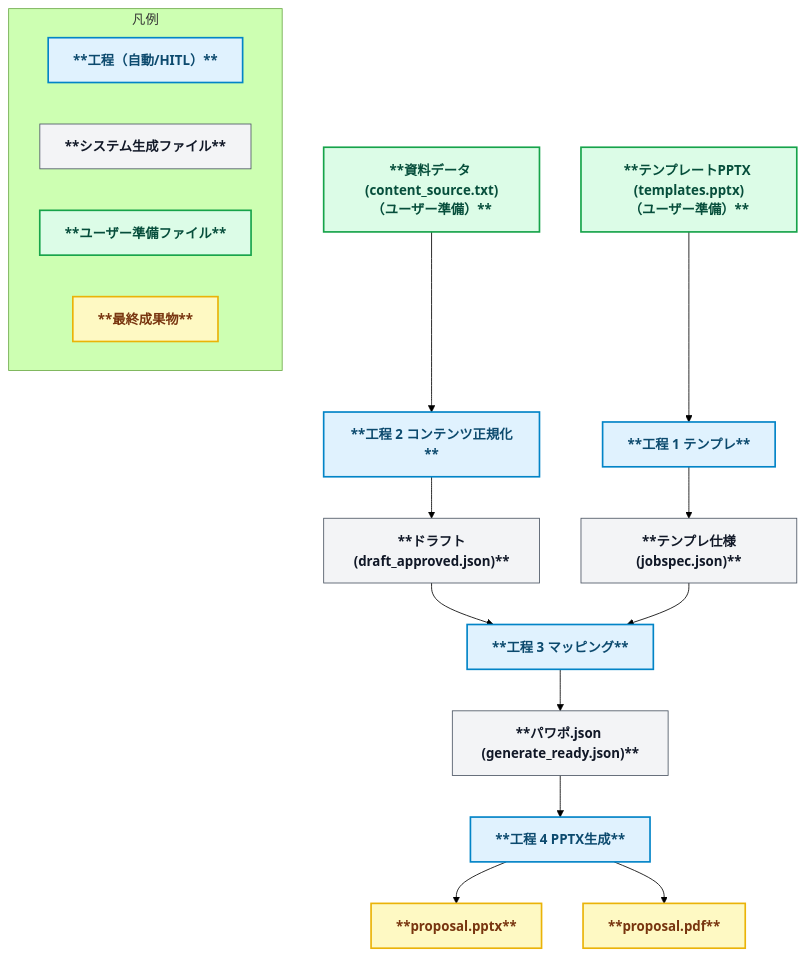
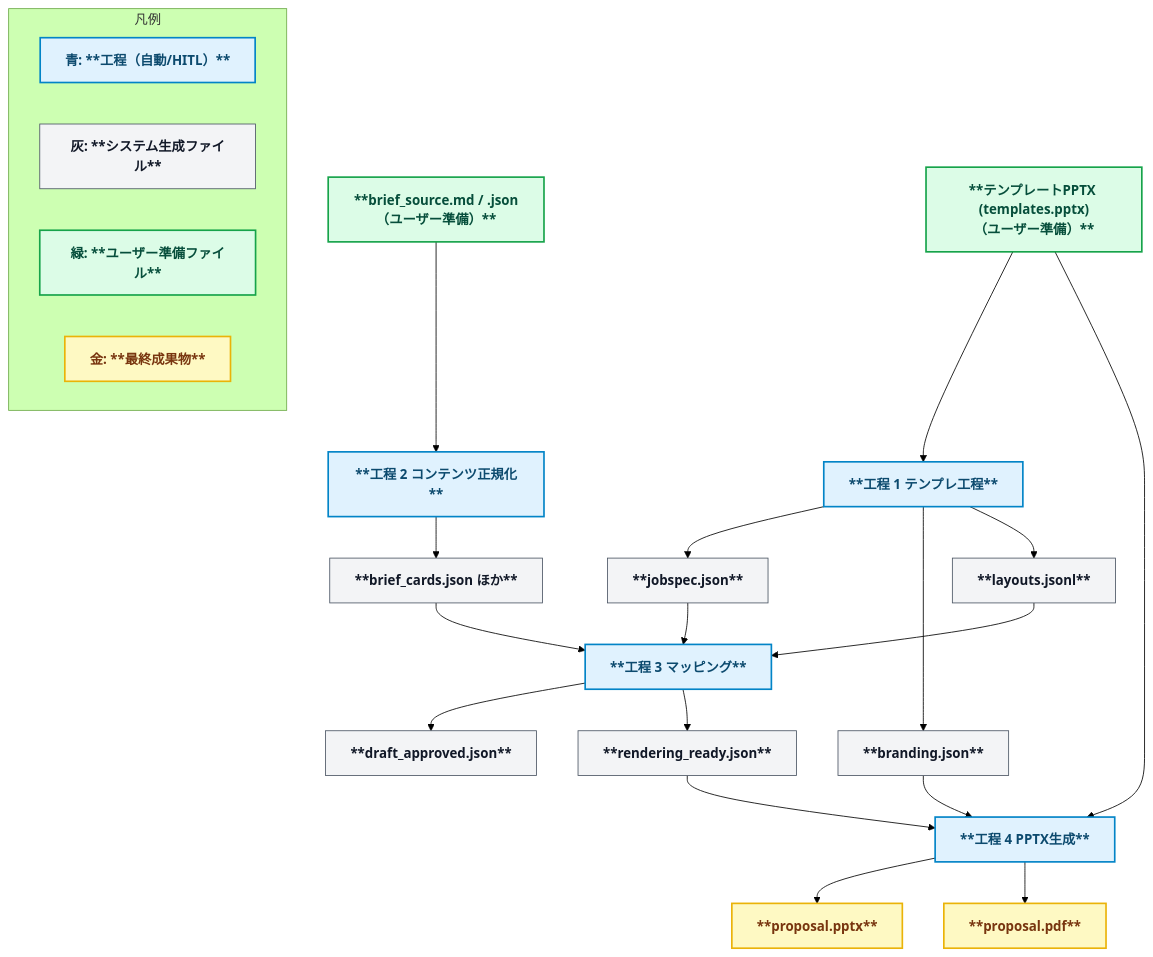
Before and after one commit to yurake/pptx_generator: the diagram in README.md, drawn with Mermaid (forest theme). The commit also changed other lines of this file and 19 other files, not shown here.

Commit message:
docs(pipeline): revert documentation to 4-stage flow

````diff
--- a/README.md
+++ b/README.md
@@ -26,36 +26,41 @@
 ```mermaid
 flowchart TD
   %% ======= Styles =======
   classDef stage fill:#e0f2fe,stroke:#0284c7,stroke-width:2px,color:#0c4a6e,font-weight:bold;
   classDef file fill:#f3f4f6,stroke:#4b5563,stroke-width:1px,color:#111827,font-weight:bold;
   classDef userfile fill:#dcfce7,stroke:#16a34a,stroke-width:2px,color:#064e3b,font-weight:bold;
   classDef final fill:#fef9c3,stroke:#eab308,stroke-width:2px,color:#78350f,font-weight:bold;
 
   %% ======= Stage 1 =======
-  Tmpl["**テンプレートPPTX (templates.pptx)<br>（ユーザー準備）**"]:::userfile --> S1["**工程 1 テンプレ**"]:::stage
-  S1 --> Jobspec["**テンプレ仕様(jobspec.json)**"]:::file
+  Tmpl["**テンプレートPPTX (templates.pptx)<br>（ユーザー準備）**"]:::userfile --> S1["**工程 1 テンプレ工程**"]:::stage
+  S1 --> Jobspec["**jobspec.json**"]:::file
+  S1 --> Branding["**branding.json**"]:::file
+  S1 --> Layouts["**layouts.jsonl**"]:::file
 
   %% ======= Stage 2 =======
-  ContentSrc["**資料データ (content_source.txt)<br>（ユーザー準備）**"]:::userfile --> S2["**工程 2 コンテンツ正規化**"]:::stage
-  S2 --> Draft["**ドラフト(draft_approved.json)**"]:::file
-  Draft --> S3
+  Brief["**brief_source.md / .json（ユーザー準備）**"]:::userfile --> S2["**工程 2 コンテンツ正規化**"]:::stage
+  S2 --> BriefCards["**brief_cards.json ほか**"]:::file
 
   %% ======= Stage 3 =======
-  S3["**工程 3 マッピング**"]:::stage
-  Jobspec --> S3
-  S3 --> Ready["**パワポ.json (generate_ready.json)**"]:::file
+  Jobspec --> S3["**工程 3 マッピング**"]:::stage
+  BriefCards --> S3
+  Layouts --> S3
+  S3 --> Draft["**draft_approved.json**"]:::file
+  S3 --> Ready["**rendering_ready.json**"]:::file
 
   %% ======= Stage 4 =======
   Ready --> S4["**工程 4 PPTX生成**"]:::stage
+  Tmpl --> S4
+  Branding --> S4
   S4 --> PPTX["**proposal.pptx**"]:::final
   S4 --> PDF["**proposal.pdf**"]:::final
 
   %% ======= Legend =======
   subgraph Legend[凡例]
     direction LR
-    A1["**工程（自動/HITL）**"]:::stage
-    A2["**システム生成ファイル**"]:::file
-    A3["**ユーザー準備ファイル**"]:::userfile
-    A4["**最終成果物**"]:::final
+    A1["青: **工程（自動/HITL）**"]:::stage
+    A2["灰: **システム生成ファイル**"]:::file
+    A3["緑: **ユーザー準備ファイル**"]:::userfile
+    A4["金: **最終成果物**"]:::final
   end
 ```
````
